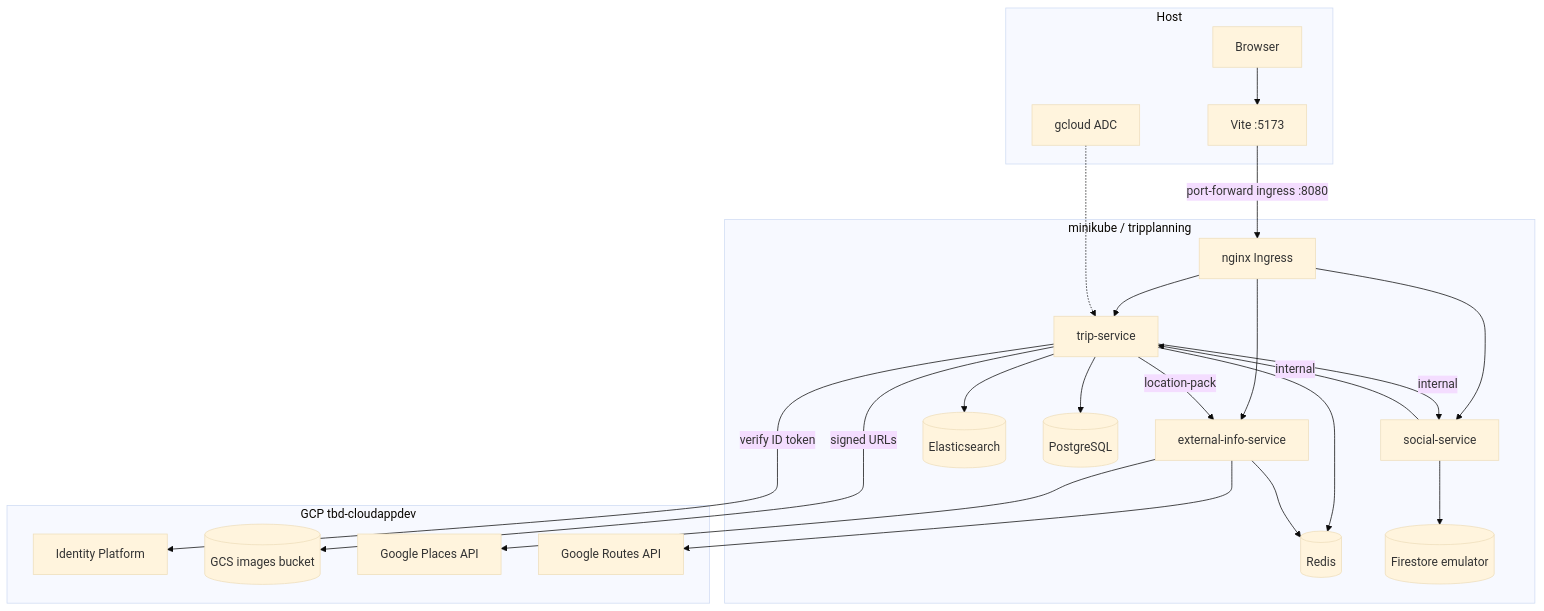
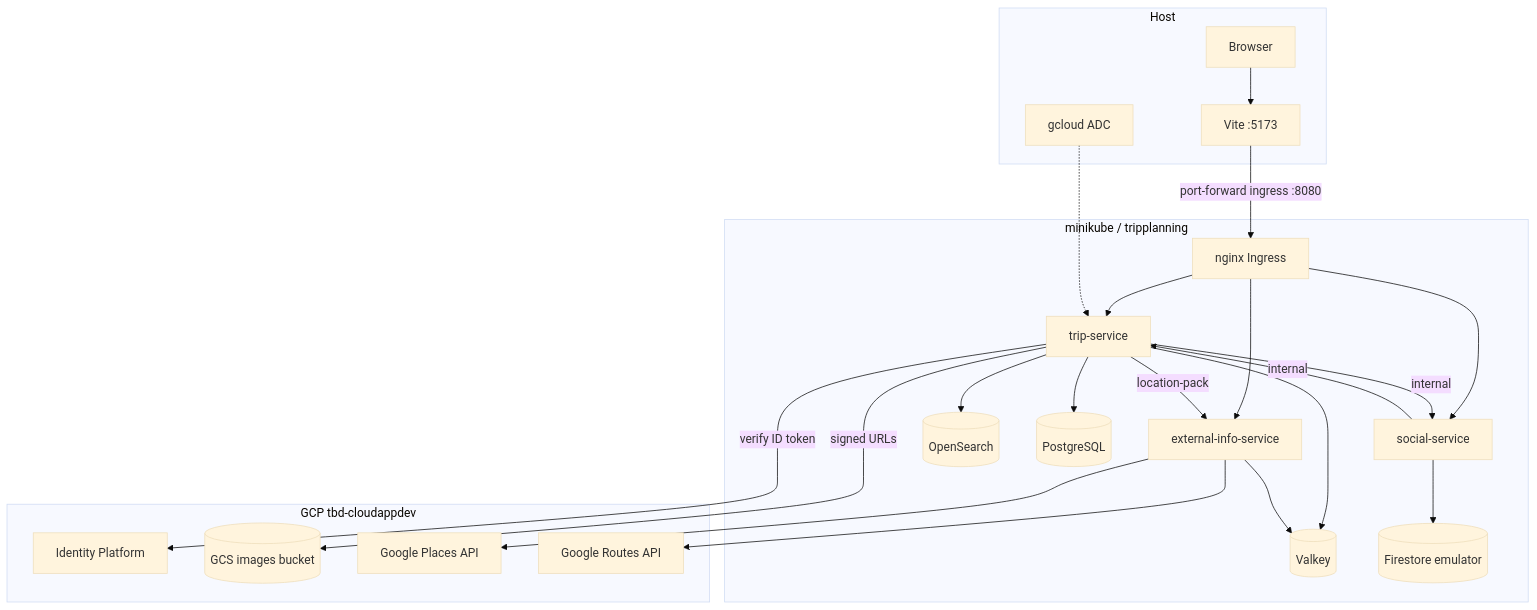
One commit to tbd-htwg/backend changed the first of 4 diagrams in docs/gettingstarted/STATE.md. Above: the diagram before and after it, drawn with Mermaid (base theme). The commit also changed other lines of this file and 30 other files, not shown here.

````diff
--- a/docs/gettingstarted/STATE.md
+++ b/docs/gettingstarted/STATE.md
@@ -62,45 +63,45 @@
 ```mermaid
 flowchart TB
   subgraph Host
     Browser[Browser]
     Vite[Vite :5173]
     ADC[gcloud ADC]
   end
 
   subgraph Minikube["minikube / tripplanning"]
     GW[nginx Ingress]
     Trip[trip-service]
     Social[social-service]
     Ext[external-info-service]
-    Redis[(Redis)]
-    ES[(Elasticsearch)]
+    Valkey[(Valkey)]
+    OS[(OpenSearch)]
     PG[(PostgreSQL)]
     FSE[(Firestore emulator)]
   end
 
   subgraph GCP["GCP tbd-cloudappdev"]
     IdP[Identity Platform]
     GCS[(GCS images bucket)]
     Places[Google Places API]
     Routes[Google Routes API]
   end
 
   Browser --> Vite
   Vite -->|port-forward ingress :8080| GW
   GW --> Trip
   GW --> Social
   GW --> Ext
-  Trip --> Redis
-  Trip --> ES
+  Trip --> Valkey
+  Trip --> OS
   Trip --> PG
   Social --> FSE
-  Ext --> Redis
+  Ext --> Valkey
   Social -->|internal| Trip
   Trip -->|internal| Social
   Trip -->|location-pack| Ext
   Trip -->|verify ID token| IdP
   Trip -->|signed URLs| GCS
   Ext --> Places
   Ext --> Routes
   ADC -.-> Trip
 ```
````
